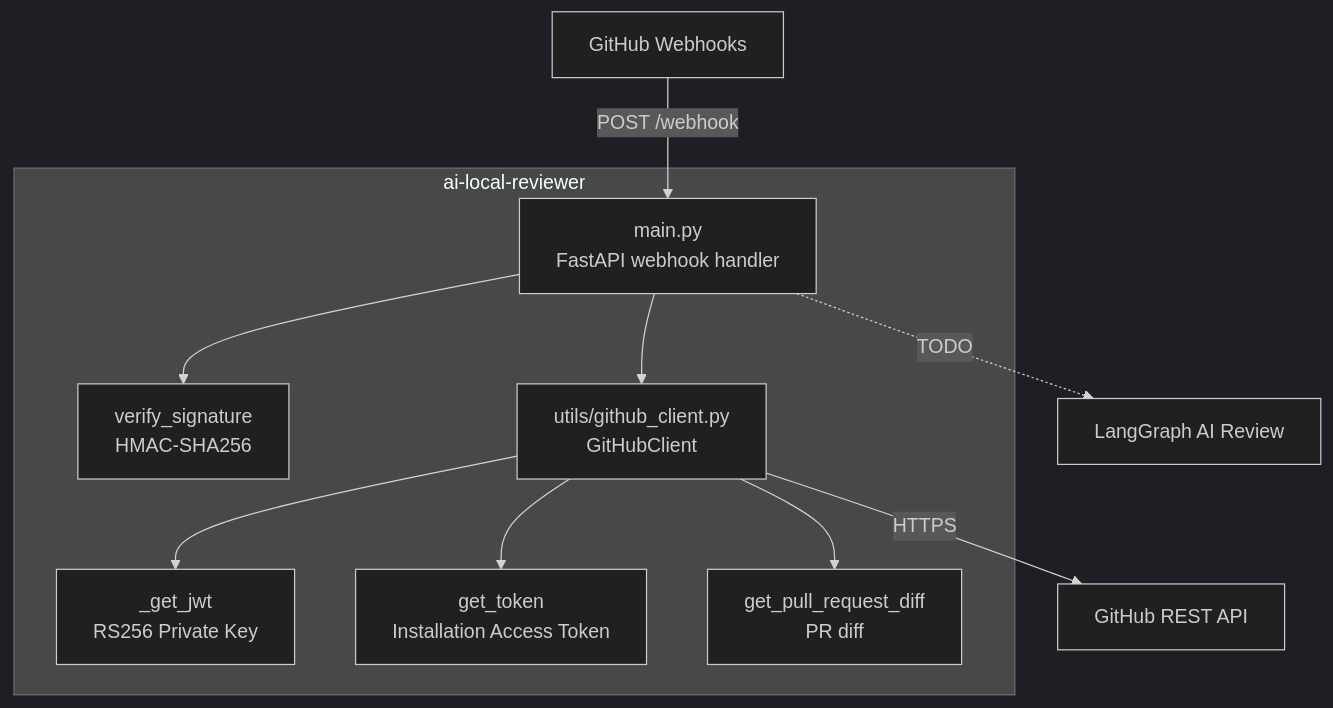
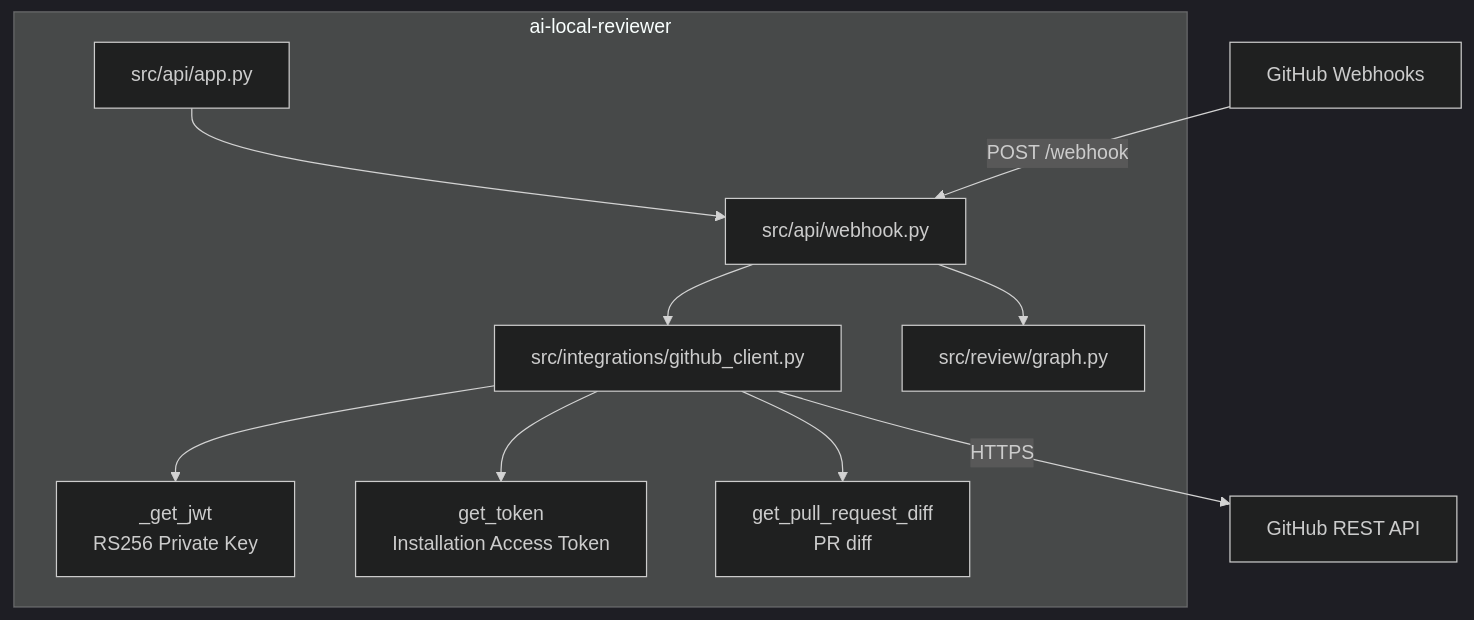
The second of 3 diagrams in README.md (olhaarchai/ai-local-reviewer), drawn with Mermaid (dark theme) before and after one commit. The commit also changed other lines of this file and 24 other files, not shown here.

````diff
--- a/README.md
+++ b/README.md
@@ -27,14 +27,14 @@
 ```mermaid
 graph TD
     subgraph "ai-local-reviewer"
-        A[main.py\nFastAPI webhook handler] --> B[verify_signature\nHMAC-SHA256]
-        A --> C[utils/github_client.py\nGitHubClient]
+        A[src/api/app.py] --> B[src/api/webhook.py]
+        B --> C[src/integrations/github_client.py]
+        B --> G[src/review/graph.py]
         C --> D[_get_jwt\nRS256 Private Key]
         C --> E[get_token\nInstallation Access Token]
         C --> F[get_pull_request_diff\nPR diff]
     end
 
-    GH[GitHub Webhooks] -->|POST /webhook| A
+    GH[GitHub Webhooks] -->|POST /webhook| B
     C -->|HTTPS| GHAPI[GitHub REST API]
-    A -.->|TODO| LG[LangGraph AI Review]
 ```
````
